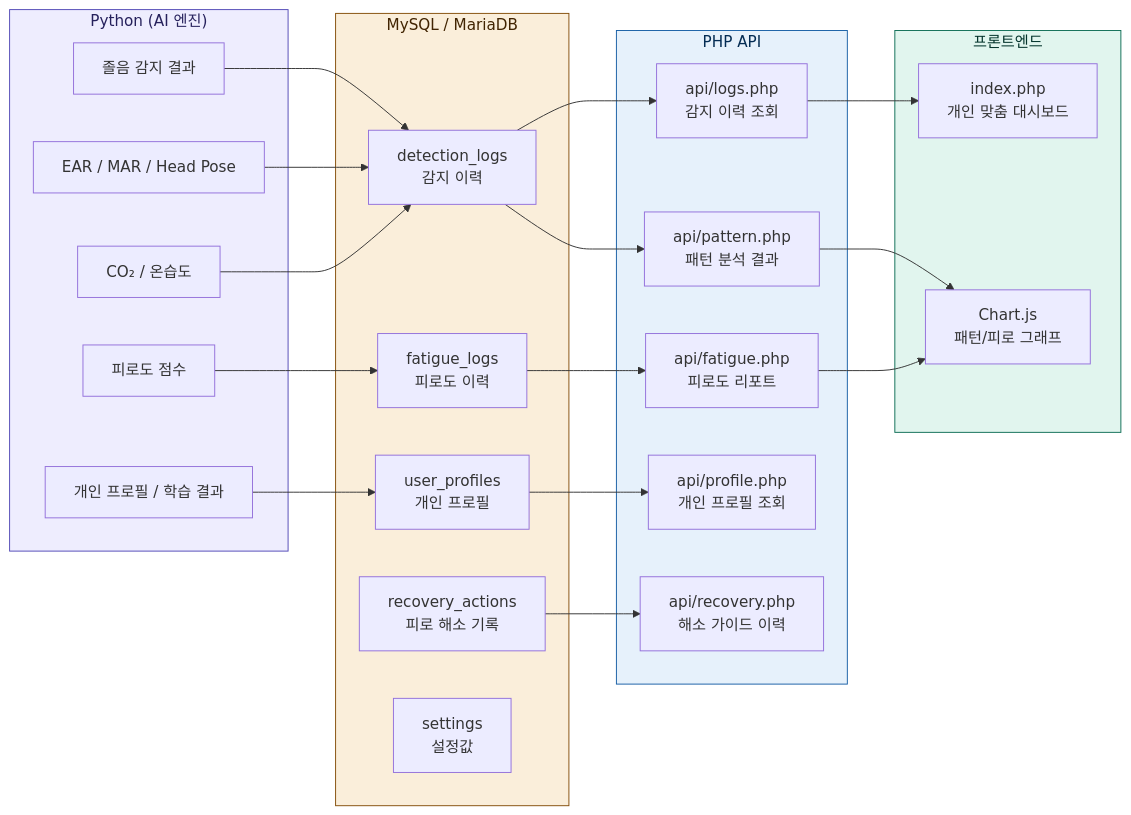
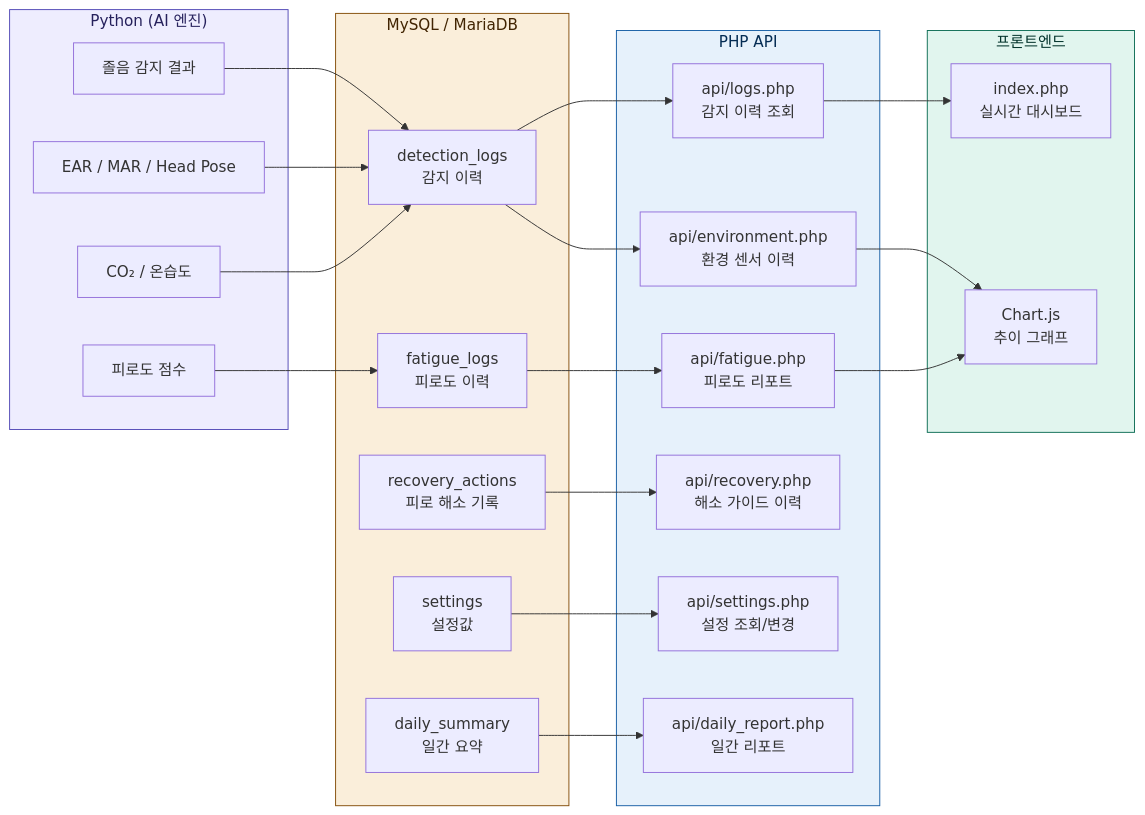
Before and after one commit to pgh165/capstone: the second of 11 diagrams in project.md, drawn with Mermaid. The commit also changed other lines of this file and 13 other files, not shown here.

````diff
--- a/project.md
+++ b/project.md
@@ -120,50 +79,50 @@
 ```mermaid
 flowchart LR
     subgraph PYTHON["Python (AI 엔진)"]
         P1["졸음 감지 결과"]
         P2["EAR / MAR / Head Pose"]
         P3["CO₂ / 온습도"]
         P4["피로도 점수"]
-        P5["개인 프로필 / 학습 결과"]
     end
 
     subgraph MYSQL["MySQL / MariaDB"]
         DB1["detection_logs<br/>감지 이력"]
-        DB2["user_profiles<br/>개인 프로필"]
         DB3["fatigue_logs<br/>피로도 이력"]
         DB4["recovery_actions<br/>피로 해소 기록"]
         DB5["settings<br/>설정값"]
+        DB6["daily_summary<br/>일간 요약"]
     end
 
     subgraph PHP["PHP API"]
         API1["api/logs.php<br/>감지 이력 조회"]
-        API2["api/profile.php<br/>개인 프로필 조회"]
         API3["api/fatigue.php<br/>피로도 리포트"]
         API4["api/recovery.php<br/>해소 가이드 이력"]
-        API5["api/pattern.php<br/>패턴 분석 결과"]
+        API5["api/environment.php<br/>환경 센서 이력"]
+        API6["api/settings.php<br/>설정 조회/변경"]
+        API7["api/daily_report.php<br/>일간 리포트"]
     end
 
     subgraph FRONT["프론트엔드"]
-        F1["index.php<br/>개인 맞춤 대시보드"]
-        F2["Chart.js<br/>패턴/피로 그래프"]
+        F1["index.php<br/>실시간 대시보드"]
+        F2["Chart.js<br/>추이 그래프"]
     end
 
     P1 --> DB1
     P2 --> DB1
     P3 --> DB1
     P4 --> DB3
-    P5 --> DB2
     DB1 --> API1
-    DB2 --> API2
     DB3 --> API3
     DB4 --> API4
     DB1 --> API5
+    DB5 --> API6
+    DB6 --> API7
     API1 --> F1
     API3 --> F2
     API5 --> F2
 
     style PYTHON fill:#EEEDFE,stroke:#534AB7,color:#26215C
     style MYSQL fill:#FAEEDA,stroke:#854F0B,color:#412402
     style PHP fill:#E6F1FB,stroke:#185FA5,color:#042C53
     style FRONT fill:#E1F5EE,stroke:#0F6E56,color:#04342C
 ```
````
